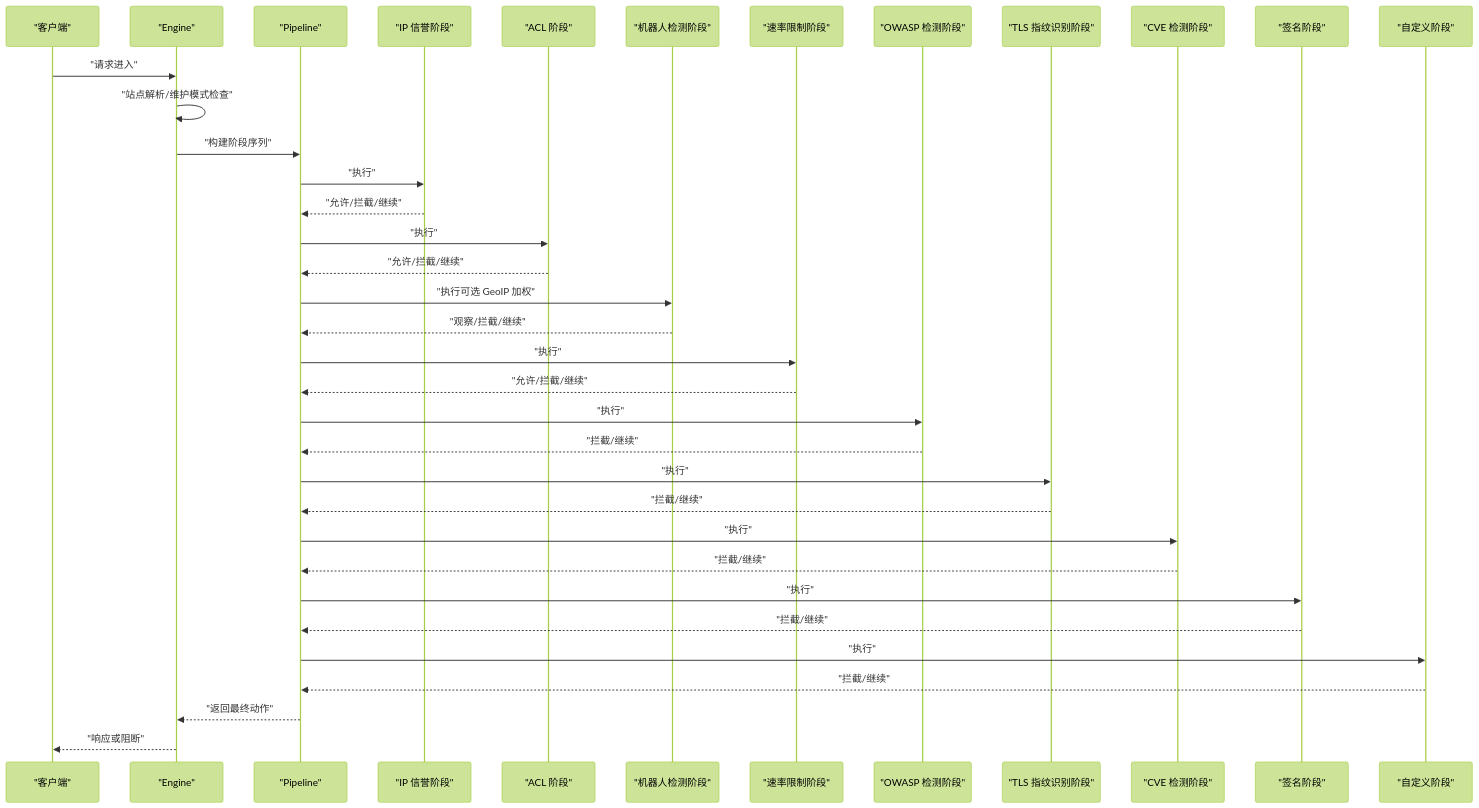
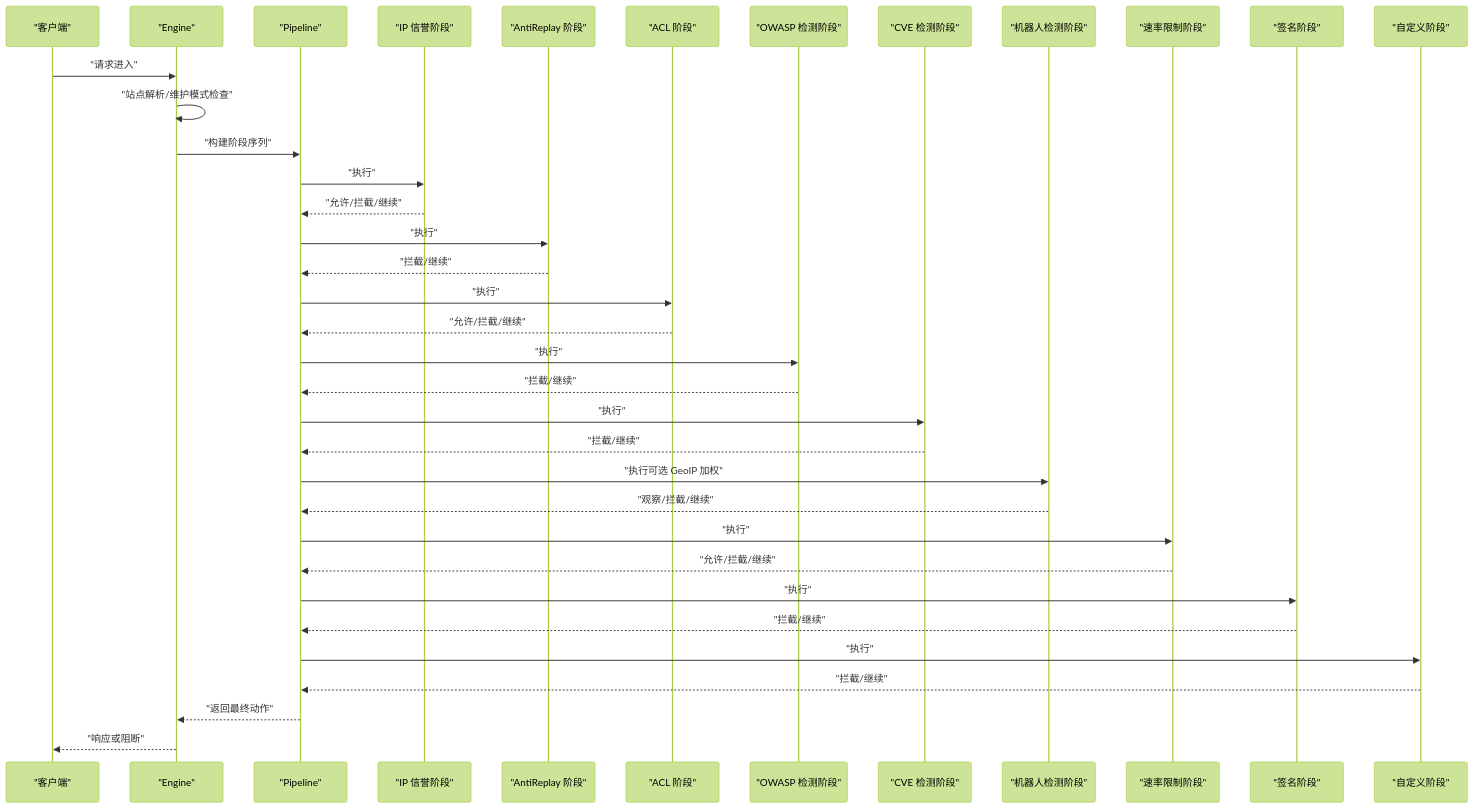
One commit to x01n/My-OpenWaf changed the second of 11 diagrams in docs/WAF 引擎系统/处理阶段详解/处理阶段详解.md. Above: the diagram before and after it, drawn with Mermaid (forest theme). The commit also changed other lines of this file and 354 other files, not shown here.

````diff
--- a/docs/WAF 引擎系统/处理阶段详解/处理阶段详解.md
+++ b/docs/WAF 引擎系统/处理阶段详解/处理阶段详解.md
@@ -81,38 +82,38 @@
 ```mermaid
 sequenceDiagram
 participant Client as "客户端"
 participant Engine as "Engine"
 participant Pipe as "Pipeline"
 participant IPRep as "IP 信誉阶段"
+participant AR as "AntiReplay 阶段"
 participant ACL as "ACL 阶段"
+participant OWASP as "OWASP 检测阶段"
+participant CVE as "CVE 检测阶段"
 participant Bot as "机器人检测阶段"
 participant RL as "速率限制阶段"
-participant OWASP as "OWASP 检测阶段"
-participant TLS as "TLS 指纹识别阶段"
-participant CVE as "CVE 检测阶段"
 participant Sig as "签名阶段"
 participant Custom as "自定义阶段"
 Client->>Engine : "请求进入"
 Engine->>Engine : "站点解析/维护模式检查"
 Engine->>Pipe : "构建阶段序列"
 Pipe->>IPRep : "执行"
 IPRep-->>Pipe : "允许/拦截/继续"
+Pipe->>AR : "执行"
+AR-->>Pipe : "拦截/继续"
 Pipe->>ACL : "执行"
 ACL-->>Pipe : "允许/拦截/继续"
+Pipe->>OWASP : "执行"
+OWASP-->>Pipe : "拦截/继续"
+Pipe->>CVE : "执行"
+CVE-->>Pipe : "拦截/继续"
 Pipe->>Bot : "执行可选 GeoIP 加权"
 Bot-->>Pipe : "观察/拦截/继续"
 Pipe->>RL : "执行"
 RL-->>Pipe : "允许/拦截/继续"
-Pipe->>OWASP : "执行"
-OWASP-->>Pipe : "拦截/继续"
-Pipe->>TLS : "执行"
-TLS-->>Pipe : "拦截/继续"
-Pipe->>CVE : "执行"
-CVE-->>Pipe : "拦截/继续"
 Pipe->>Sig : "执行"
 Sig-->>Pipe : "拦截/继续"
 Pipe->>Custom : "执行"
 Custom-->>Pipe : "拦截/继续"
 Pipe-->>Engine : "返回最终动作"
 Engine-->>Client : "响应或阻断"
 ```
````
